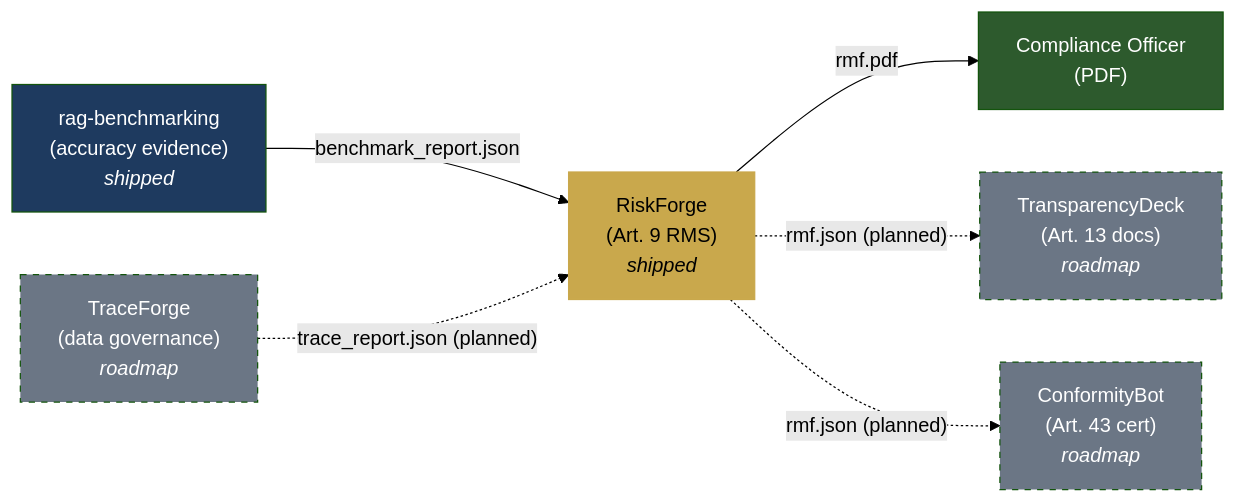
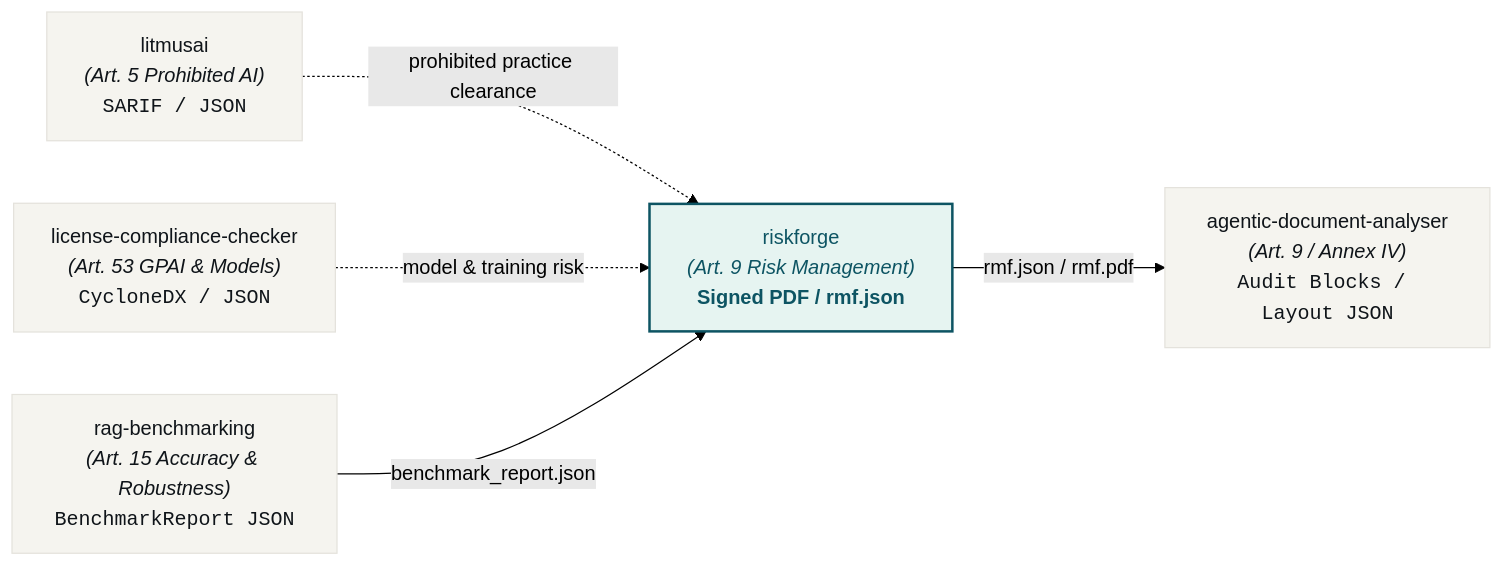
One commit to aiexponent/riskforge changed the second of 3 diagrams in README.md. Above: the diagram before and after it, drawn with Mermaid (forest theme). The commit also changed other lines of this file, not shown here.

````diff
--- a/README.md
+++ b/README.md
@@ -153,22 +181,19 @@
 ```mermaid
 graph LR
-    RAG["rag-benchmarking<br/>(accuracy evidence)<br/><i>shipped</i>"]
-    TF["TraceForge<br/>(data governance)<br/><i>roadmap</i>"]
-    RF["RiskForge<br/>(Art. 9 RMS)<br/><i>shipped</i>"]
-    TD["TransparencyDeck<br/>(Art. 13 docs)<br/><i>roadmap</i>"]
-    CB["ConformityBot<br/>(Art. 43 cert)<br/><i>roadmap</i>"]
-    CCO["Compliance Officer<br/>(PDF)"]
+    LIT["litmusai<br/><i>(Art. 5 Prohibited AI)</i><br/><code>SARIF / JSON</code>"]
+    LCC["license-compliance-checker<br/><i>(Art. 53 GPAI & Models)</i><br/><code>CycloneDX / JSON</code>"]
+    RAG["rag-benchmarking<br/><i>(Art. 15 Accuracy & Robustness)</i><br/><code>BenchmarkReport JSON</code>"]
+    RF["riskforge<br/><i>(Art. 9 Risk Management)</i><br/><b>Signed PDF / rmf.json</b>"]
+    ADA["agentic-document-analyser<br/><i>(Art. 9 / Annex IV)</i><br/><code>Audit Blocks / Layout JSON</code>"]
 
+    LIT -.->|"prohibited practice clearance"| RF
+    LCC -.->|"model & training risk"| RF
     RAG -->|"benchmark_report.json"| RF
-    TF  -.->|"trace_report.json (planned)"| RF
-    RF  -->|"rmf.pdf"| CCO
-    RF  -.->|"rmf.json (planned)"| TD
-    RF  -.->|"rmf.json (planned)"| CB
+    RF -->|"rmf.json / rmf.pdf"| ADA
 
-    style RF fill:#c9a84c,color:#000,stroke:#c9a84c
-    style RAG fill:#1e3a5f,color:#fff
-    style TF fill:#6b7685,color:#fff,stroke-dasharray:5
-    style TD fill:#6b7685,color:#fff,stroke-dasharray:5
-    style CB fill:#6b7685,color:#fff,stroke-dasharray:5
-    style CCO fill:#2d5a2d,color:#fff
+    style RF fill:#E6F4F1,stroke:#0D5463,color:#0D5463,stroke-width:2px
+    style LIT fill:#F5F4EF,stroke:#E4E2DC,color:#0F1419
+    style LCC fill:#F5F4EF,stroke:#E4E2DC,color:#0F1419
+    style RAG fill:#F5F4EF,stroke:#E4E2DC,color:#0F1419
+    style ADA fill:#F5F4EF,stroke:#E4E2DC,color:#0F1419
 ```
````
